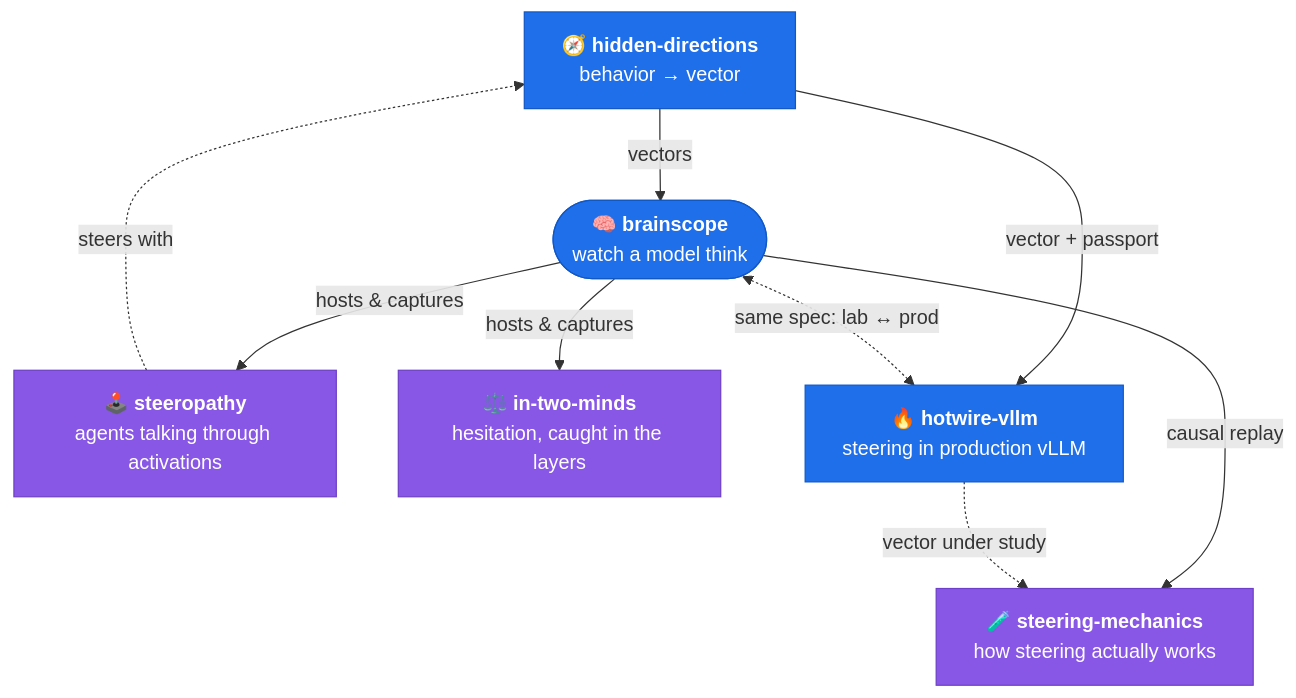
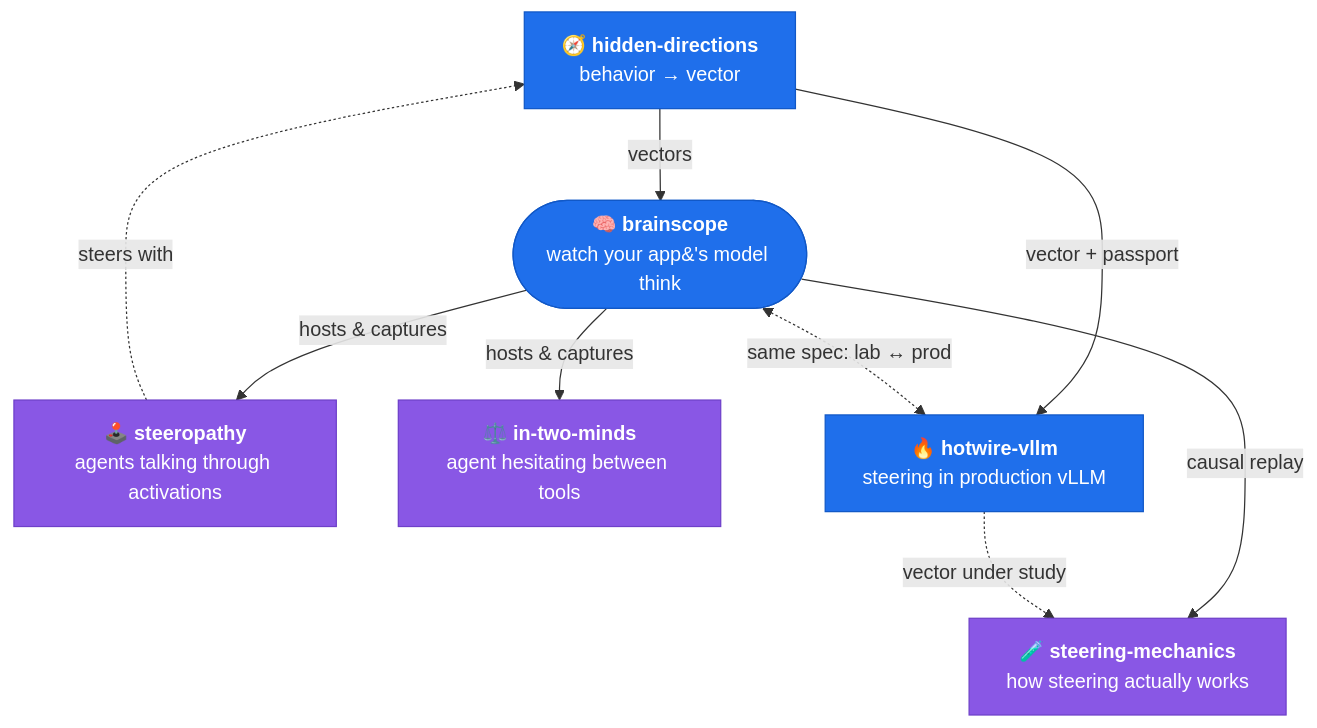
One commit to moudrkat/moudrkat changed the diagram in README.md. Above: the diagram before and after it, drawn with Mermaid.

Commit message:
fix graph taglines

````diff
--- a/README.md
+++ b/README.md
@@ -24,30 +24,30 @@
 ```mermaid
 flowchart TD
     hd["🧭 <b>hidden-directions</b><br/>behavior → vector"]
-    bs(["🧠 <b>brainscope</b><br/>watch a model think"])
+    bs(["🧠 <b>brainscope</b><br/>watch your app&#39;s model think"])
     st["🕹️ <b>steeropathy</b><br/>agents talking through activations"]
-    tm["⚖️ <b>in-two-minds</b><br/>hesitation, caught in the layers"]
+    tm["⚖️ <b>in-two-minds</b><br/>agent hesitating between tools"]
     hw["🔥 <b>hotwire-vllm</b><br/>steering in production vLLM"]
     sm["🧪 <b>steering-mechanics</b><br/>how steering actually works"]
 
     hd -->|"vectors"| bs
     bs -->|"hosts & captures"| st
     bs -->|"hosts & captures"| tm
     st -.->|"steers with"| hd
     hd -->|"vector + passport"| hw
     bs <-.->|"same spec: lab ↔ prod"| hw
     bs -->|"causal replay"| sm
     hw -.->|"vector under study"| sm
 
     click hd "https://github.com/moudrkat/hidden-directions"
     click bs "https://github.com/moudrkat/brainscope"
     click st "https://github.com/moudrkat/steeropathy"
     click tm "https://github.com/moudrkat/in-two-minds"
     click hw "https://github.com/moudrkat/hotwire-vllm"
     click sm "https://github.com/moudrkat/steering-mechanics"
 
     classDef engine fill:#1f6feb,stroke:#1158c7,color:#ffffff;
     classDef exp fill:#8957e5,stroke:#6e40c9,color:#ffffff;
     class bs,hd,hw engine;
     class st,tm,sm exp;
 ```
````
